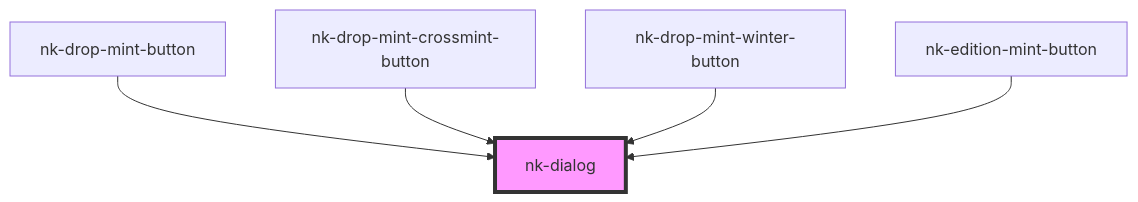
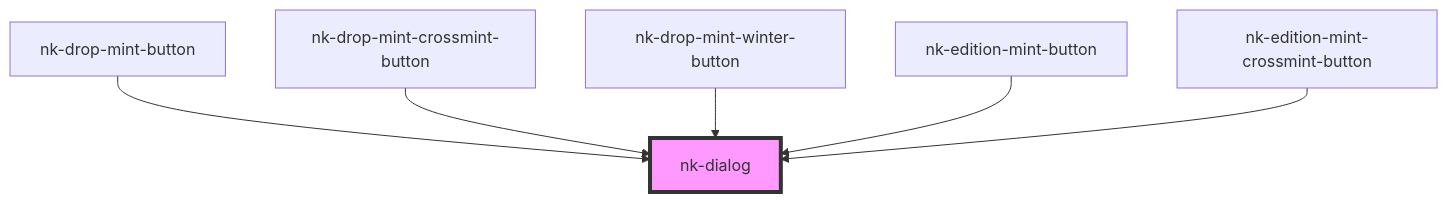
Before and after one commit to niftykit-inc/niftykit-sdk: the diagram in packages/widgets/src/components/nk-dialog/readme.md, drawn with Mermaid. The commit also changed other lines of this file and 5 other files, not shown here.

Commit message:
add new crossmint btn for edition

````diff
--- a/packages/widgets/src/components/nk-dialog/readme.md
+++ b/packages/widgets/src/components/nk-dialog/readme.md
@@ -27,8 +28,9 @@
 ```mermaid
 graph TD;
   nk-drop-mint-button --> nk-dialog
   nk-drop-mint-crossmint-button --> nk-dialog
   nk-drop-mint-winter-button --> nk-dialog
   nk-edition-mint-button --> nk-dialog
+  nk-edition-mint-crossmint-button --> nk-dialog
   style nk-dialog fill:#f9f,stroke:#333,stroke-width:4px
 ```
````
